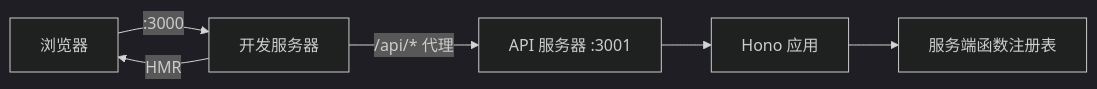
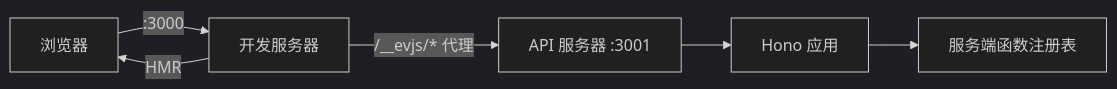
One commit to binhanchen25-arch/evjs changed the diagram in docs/i18n/zh-Hans/docusaurus-plugin-content-docs/current/dev.md. Above: the diagram before and after it, drawn with Mermaid (dark theme). The commit also changed other lines of this file and 400 other files, not shown here.

Commit message:
feat: implement graph-driven framework architecture (#18)

````diff
--- a/docs/i18n/zh-Hans/docusaurus-plugin-content-docs/current/dev.md
+++ b/docs/i18n/zh-Hans/docusaurus-plugin-content-docs/current/dev.md
@@ -22,8 +26,8 @@
 ```mermaid
 flowchart LR
     Browser["浏览器"] -->|":3000"| DEV["开发服务器"]
     DEV -->|"HMR"| Browser
-    DEV -->|"/api/* 代理"| API["API 服务器 :3001"]
+    DEV -->|"/__evjs/* 代理"| API["API 服务器 :3001"]
     API --> Hono["Hono 应用"]
     Hono --> Registry["服务端函数注册表"]
 ```
````
